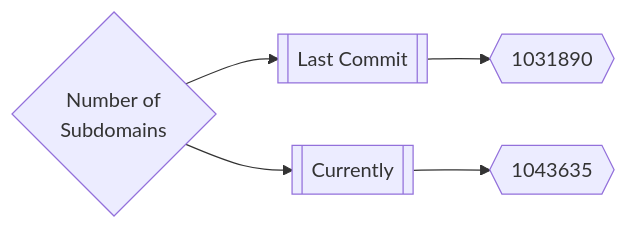
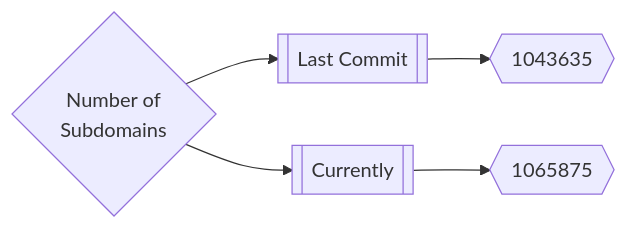
The first of 3 diagrams in README.md (trickest/inventory), drawn with Mermaid before and after one commit. The commit also changed other lines of this file, not shown here.

Commit message:
Update Fri Mar 25 15:59:29 UTC 2022

````diff
--- a/README.md
+++ b/README.md
@@ -165,5 +165,5 @@
 ```mermaid
 graph LR
-title{Number of<br>Subdomains} --> subdomainsDate1[[Last Commit]] --> subdomainsNum1{{1031890}}
-title --> subdomainsDate2[[Currently]] --> subdomainsNum2{{1043635}}
+title{Number of<br>Subdomains} --> subdomainsDate1[[Last Commit]] --> subdomainsNum1{{1043635}}
+title --> subdomainsDate2[[Currently]] --> subdomainsNum2{{1065875}}
 ```
````
